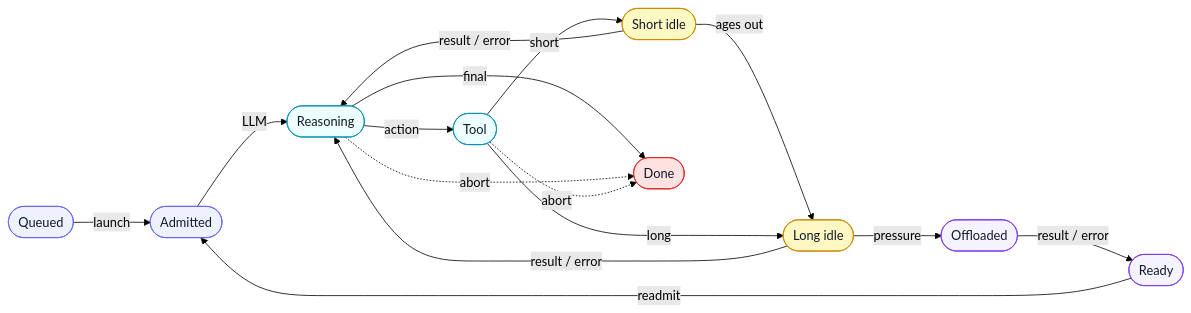
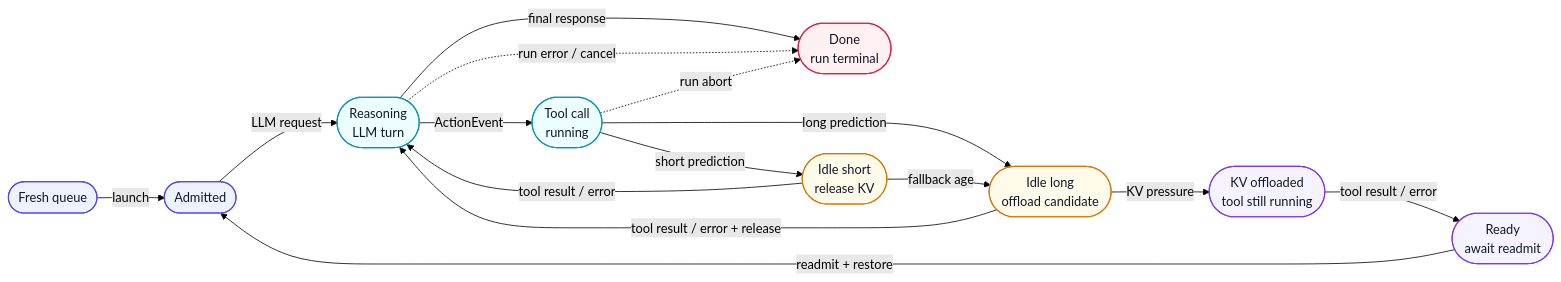
Before and after one commit to javenjwzhao-coder/agent-concurrency: the seventh of 8 diagrams in docs/agent_kv_offload_architecture.md, drawn with Mermaid (forest theme).

Commit message:
Refine agent state diagram

````diff
--- a/docs/agent_kv_offload_architecture.md
+++ b/docs/agent_kv_offload_architecture.md
@@ -224,44 +224,44 @@
 ```mermaid
+%%{init: {"flowchart": {"curve": "basis", "nodeSpacing": 34, "rankSpacing": 38}} }%%
 flowchart LR
-    queued([Queued])
+    queued([Fresh queue])
     admitted([Admitted])
-    reasoning([Reasoning])
-    tool([Tool])
-    short([Short idle])
-    long([Long idle])
-    offloaded([Offloaded])
-    ready([Ready])
-    done([Done])
+    reasoning([Reasoning<br/>LLM turn])
+    tool([Tool call<br/>running])
+    done([Done<br/>run terminal])
 
-    queued -->|launch| admitted
-    admitted -->|LLM| reasoning
+    short([Idle short<br/>release KV])
+    long([Idle long<br/>offload candidate])
+    offloaded([KV offloaded<br/>tool still running])
+    ready([Ready<br/>await readmit])
 
-    reasoning -->|action| tool
-    reasoning -->|final| done
-    reasoning -.->|abort| done
+    queued -->|launch| admitted -->|LLM request| reasoning
+    reasoning -->|ActionEvent| tool
+    reasoning -->|final response| done
+    reasoning -.->|run error / cancel| done
 
-    tool -->|short| short
-    short -->|result / error| reasoning
-    short -->|ages out| long
+    tool -->|short prediction| short
+    tool -->|long prediction| long
+    tool -.->|run abort| done
 
-    tool -->|long| long
-    long -->|result / error| reasoning
-    long -->|pressure| offloaded
+    short -->|tool result / error| reasoning
+    short -->|fallback age| long
 
-    offloaded -->|result / error| ready
-    ready -->|readmit| admitted
+    long -->|tool result / error + release| reasoning
+    long -->|KV pressure| offloaded
 
-    tool -.->|abort| done
+    offloaded -->|tool result / error| ready
+    ready -->|readmit + restore| admitted
 
-    classDef queue fill:#eef2ff,stroke:#6366f1,color:#111827
-    classDef active fill:#ecfeff,stroke:#0891b2,color:#111827
-    classDef idle fill:#fef9c3,stroke:#ca8a04,color:#111827
-    classDef offload fill:#f5f3ff,stroke:#7c3aed,color:#111827
-    classDef terminal fill:#fee2e2,stroke:#dc2626,color:#111827
+    classDef queue fill:#eef2ff,stroke:#4f46e5,stroke-width:1.4px,color:#111827
+    classDef active fill:#ecfeff,stroke:#0891b2,stroke-width:1.4px,color:#111827
+    classDef policy fill:#fffbeb,stroke:#d97706,stroke-width:1.4px,color:#111827
+    classDef offload fill:#f5f3ff,stroke:#7c3aed,stroke-width:1.4px,color:#111827
+    classDef terminal fill:#fff1f2,stroke:#e11d48,stroke-width:1.4px,color:#111827
 
     class queued,admitted queue
     class reasoning,tool active
-    class short,long idle
+    class short,long policy
     class offloaded,ready offload
     class done terminal
 ```
````
